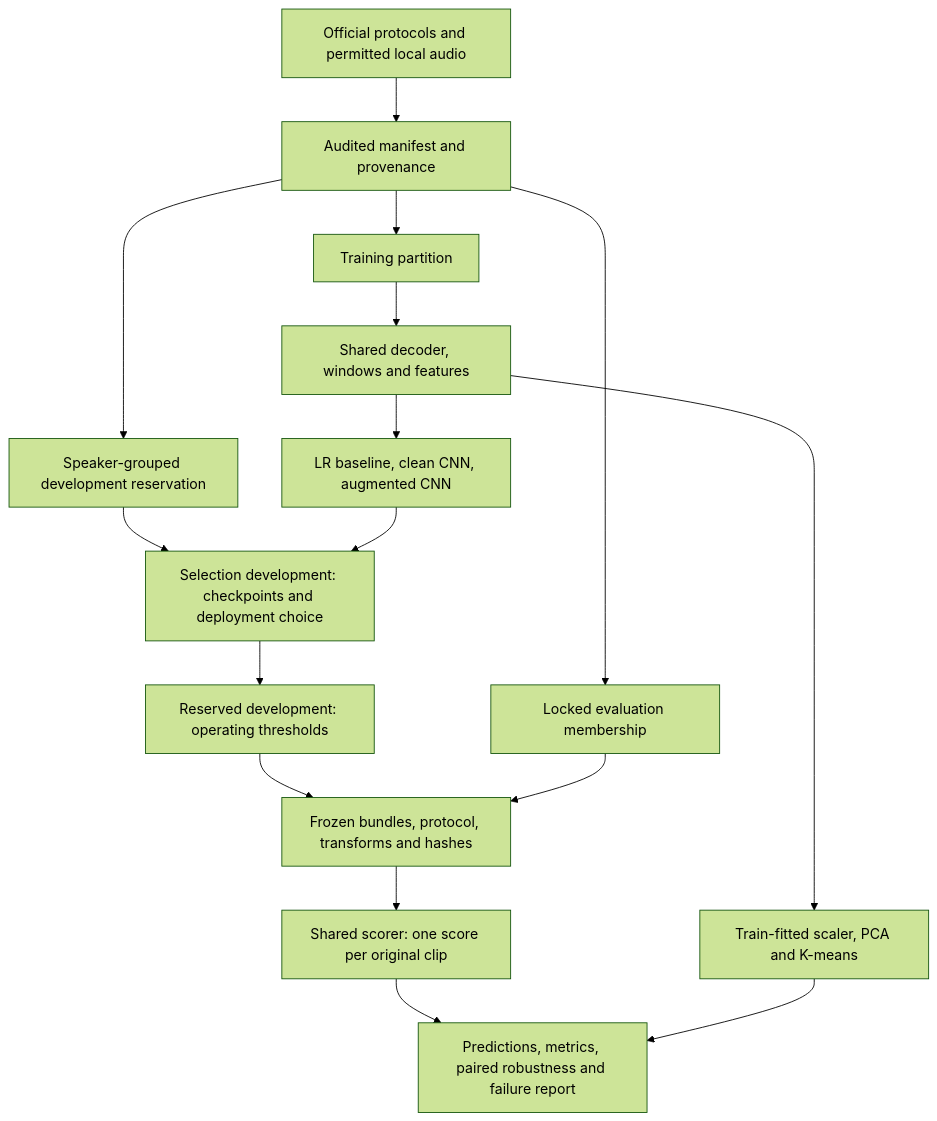
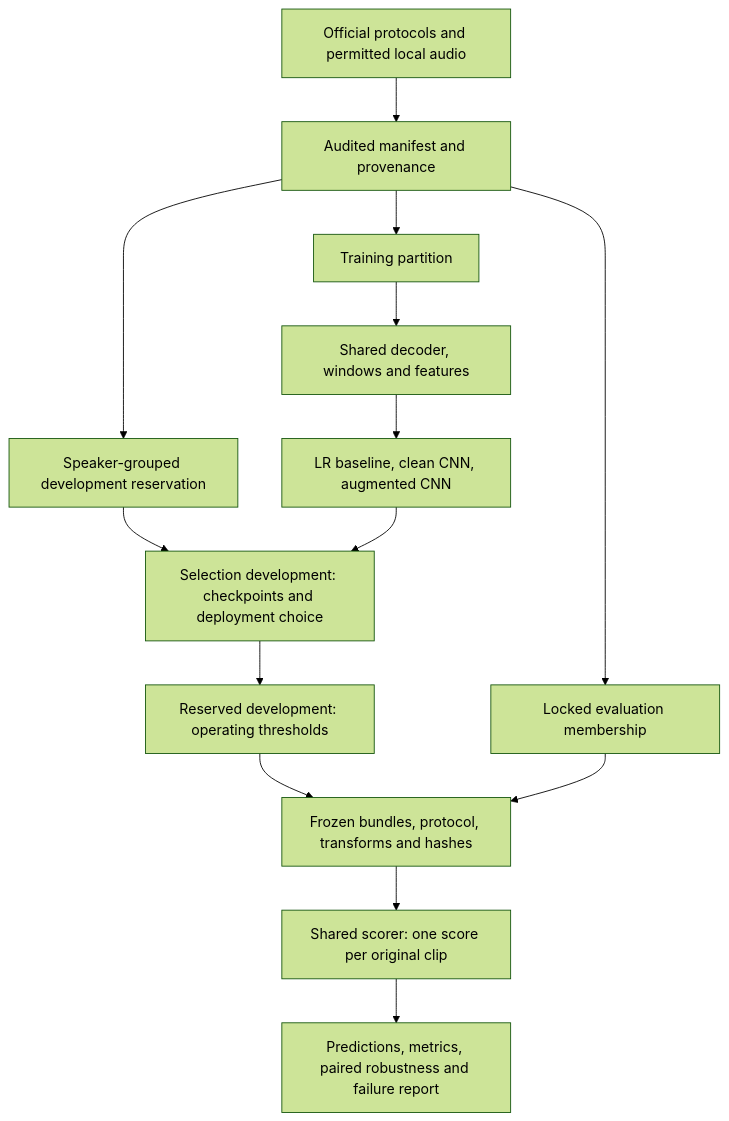
The first of 2 diagrams in docs/pipeline.md (mohamadar77/ai-voice-deepfake-detector), drawn with Mermaid (forest theme) before and after one commit. The commit also changed other lines of this file and 27 other files, not shown here.

````diff
--- a/docs/pipeline.md
+++ b/docs/pipeline.md
@@ -7,18 +7,16 @@
 ```mermaid
 flowchart TD
     A[Official protocols and permitted local audio] --> B[Audited manifest and provenance]
     B --> T[Training partition]
     B --> D[Speaker-grouped development reservation]
     B --> E[Locked evaluation membership]
     T --> P[Shared decoder, windows and features]
     P --> M[LR baseline, clean CNN, augmented CNN]
-    P --> U[Train-fitted scaler, PCA and K-means]
     D --> S[Selection development: checkpoints and deployment choice]
     M --> S
     S --> H[Reserved development: operating thresholds]
     H --> F[Frozen bundles, protocol, transforms and hashes]
     E --> F
     F --> I[Shared scorer: one score per original clip]
     I --> R[Predictions, metrics, paired robustness and failure report]
-    U --> R
 ```
````
